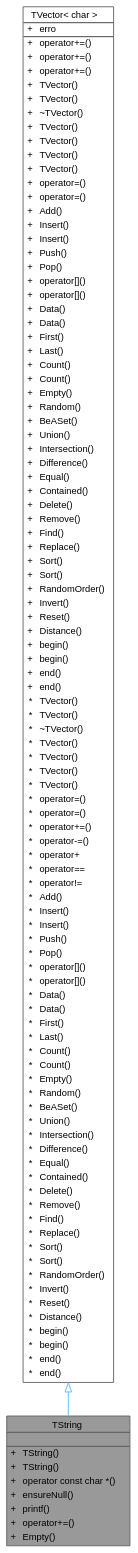
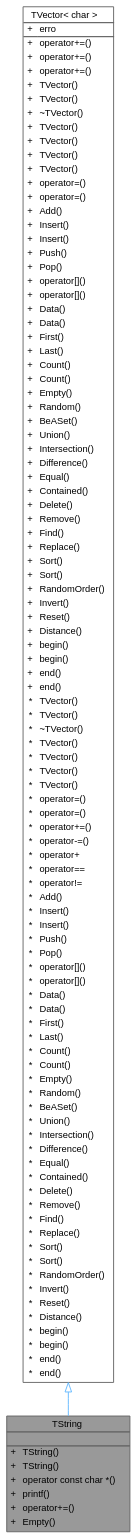
Before and after one commit to jcoelho72/TProcura: the diagram in classTString__inherit__graph.dot, drawn with Graphviz. The commit also changed 48 other files, not shown here.

```diff
--- a/classTString__inherit__graph.dot
+++ b/classTString__inherit__graph.dot
@@ -11,7 +11,6 @@
 <TR><TD VALIGN="top" CELLPADDING="1" CELLSPACING="0">+</TD><TD VALIGN="top" ALIGN="LEFT" CELLPADDING="1" CELLSPACING="0">TString()<BR ALIGN="LEFT"/></TD></TR>
 <TR><TD VALIGN="top" CELLPADDING="1" CELLSPACING="0">+</TD><TD VALIGN="top" ALIGN="LEFT" CELLPADDING="1" CELLSPACING="0">TString()<BR ALIGN="LEFT"/></TD></TR>
 <TR><TD VALIGN="top" CELLPADDING="1" CELLSPACING="0">+</TD><TD VALIGN="top" ALIGN="LEFT" CELLPADDING="1" CELLSPACING="0">operator const char *()<BR ALIGN="LEFT"/></TD></TR>
-<TR><TD VALIGN="top" CELLPADDING="1" CELLSPACING="0">+</TD><TD VALIGN="top" ALIGN="LEFT" CELLPADDING="1" CELLSPACING="0">ensureNull()<BR ALIGN="LEFT"/></TD></TR>
 <TR><TD VALIGN="top" CELLPADDING="1" CELLSPACING="0">+</TD><TD VALIGN="top" ALIGN="LEFT" CELLPADDING="1" CELLSPACING="0">printf()<BR ALIGN="LEFT"/></TD></TR>
 <TR><TD VALIGN="top" CELLPADDING="1" CELLSPACING="0">+</TD><TD VALIGN="top" ALIGN="LEFT" CELLPADDING="1" CELLSPACING="0">operator+=()<BR ALIGN="LEFT"/></TD></TR>
 <TR><TD VALIGN="top" CELLPADDING="1" CELLSPACING="0">+</TD><TD VALIGN="top" ALIGN="LEFT" CELLPADDING="1" CELLSPACING="0">Empty()<BR ALIGN="LEFT"/></TD></TR>
```
